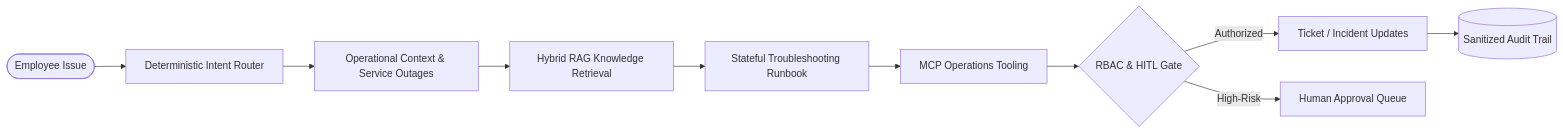
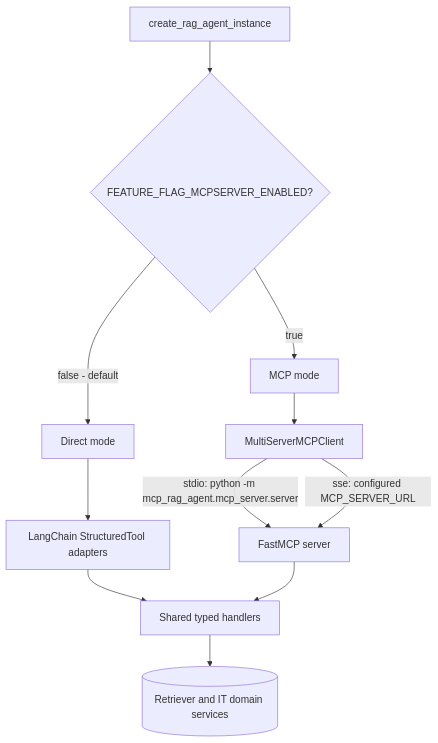
The second of 9 diagrams in README.md (PS-Dev-Dadhania/IT-Operations), drawn with Mermaid before and after one commit. The commit also changed other lines of this file and 2963 other files, not shown here.

First line of the commit message:
feat: complete local database persistence, MCP mode enablement, and pre-demo QA fixes

````diff
--- a/README.md
+++ b/README.md
@@ -59,12 +81,13 @@
 ```mermaid
-flowchart LR
-    User([Employee Issue]) --> Router[Deterministic Intent Router]
-    Router --> Context[Operational Context & Service Outages]
-    Context --> RAG[Hybrid RAG Knowledge Retrieval]
-    RAG --> Engine[Stateful Troubleshooting Runbook]
-    Engine --> Tools[MCP Operations Tooling]
-    Tools --> Security{RBAC & HITL Gate}
-    Security -->|Authorized| Exec[Ticket / Incident Updates]
-    Security -->|High-Risk| Approval[Human Approval Queue]
-    Exec --> Audit[(Sanitized Audit Trail)]
+flowchart TD
+    F[create_rag_agent_instance] --> C{FEATURE_FLAG_MCPSERVER_ENABLED?}
+    C -->|false - default| D[Direct mode]
+    D --> ST[LangChain StructuredTool adapters]
+    ST --> H[Shared typed handlers]
+    C -->|true| M[MCP mode]
+    M --> CLIENT[MultiServerMCPClient]
+    CLIENT -->|stdio: python -m mcp_rag_agent.mcp_server.server| SERVER[FastMCP server]
+    CLIENT -->|sse: configured MCP_SERVER_URL| SERVER
+    SERVER --> H
+    H --> DATA[(Retriever and IT domain services)]
 ```
````
